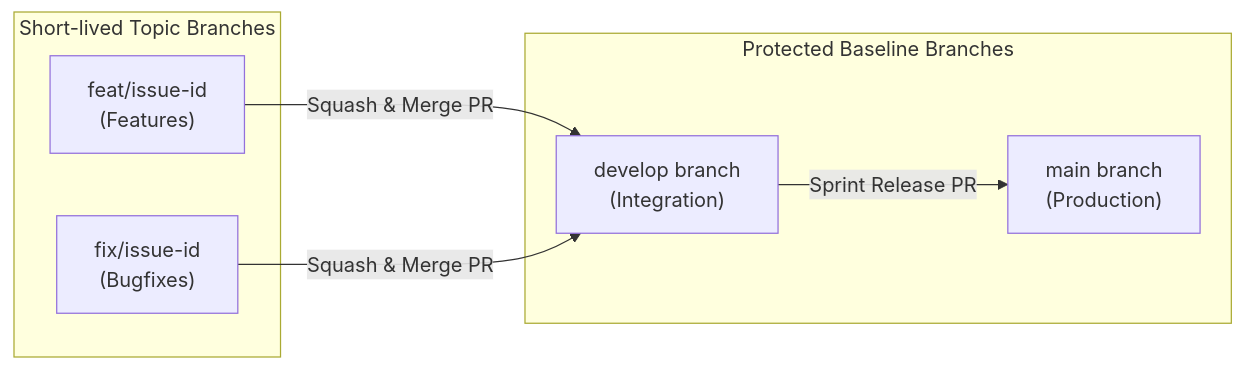
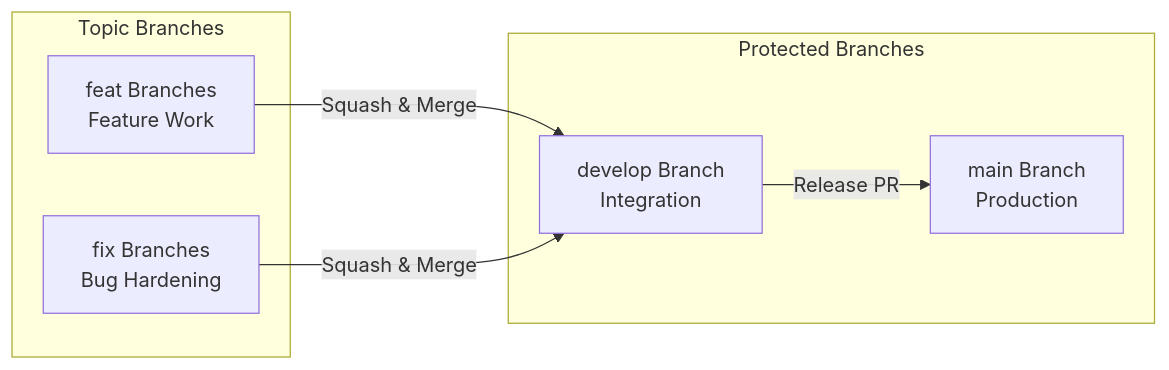
Before and after one commit to Varian08/smart-local-planner: the third of 3 diagrams in README.md, drawn with Mermaid. The commit also changed other lines of this file and 2 other files, not shown here.

Commit message:
docs: standardize all architecture diagrams to vertical TD flow and eliminate text clipping

````diff
--- a/README.md
+++ b/README.md
@@ -252,16 +252,16 @@
 ```mermaid
 flowchart LR
-    subgraph ProtectedBases ["Protected Baseline Branches"]
-        Main["main branch<br/>(Production)    "]
-        Develop["develop branch<br/>(Integration)    "]
+    subgraph FeatureBranches ["Topic Branches"]
+        FeatBranch["feat Branches<br/>Feature Work"]
+        FixBranch["fix Branches<br/>Bug Hardening"]
     end
 
-    subgraph FeatureBranches ["Short-lived Topic Branches"]
-        FeatBranch["feat/issue-id<br/>(Features)    "]
-        FixBranch["fix/issue-id<br/>(Bugfixes)    "]
+    subgraph ProtectedBases ["Protected Branches"]
+        Develop["develop Branch<br/>Integration"]
+        Main["main Branch<br/>Production"]
     end
 
-    FeatBranch -->|"Squash & Merge PR"| Develop
-    FixBranch -->|"Squash & Merge PR"| Develop
-    Develop -->|"Sprint Release PR"| Main
+    FeatBranch -->|"Squash & Merge"| Develop
+    FixBranch -->|"Squash & Merge"| Develop
+    Develop -->|"Release PR"| Main
 ```
````
